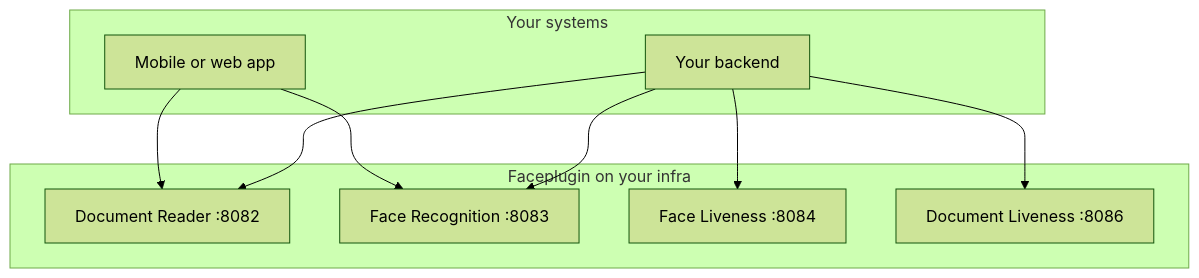
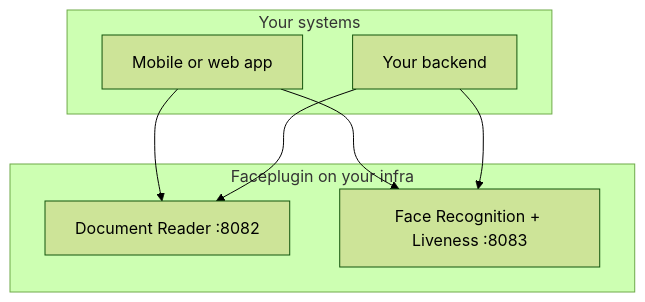
The second of 2 diagrams in faceplugin-docs/deploy-and-host/architecture.md (gentlebear0988/temp-docs), drawn with Mermaid (forest theme) before and after one commit. The commit also changed other lines of this file and 14 other files, not shown here.

````diff
--- a/faceplugin-docs/deploy-and-host/architecture.md
+++ b/faceplugin-docs/deploy-and-host/architecture.md
@@ -45,19 +51,15 @@
 ```mermaid
 flowchart TB
   subgraph customers [Your systems]
     MobileApp[Mobile or web app]
     Backend[Your backend]
   end
   subgraph faceplugin [Faceplugin on your infra]
     Doc8082[Document Reader :8082]
-    Face8083[Face Recognition :8083]
-    Live8084[Face Liveness :8084]
-    DocLive8086[Document Liveness :8086]
+    Face8083[Face Recognition + Liveness :8083]
   end
   MobileApp --> Doc8082
   MobileApp --> Face8083
   Backend --> Doc8082
   Backend --> Face8083
-  Backend --> Live8084
-  Backend --> DocLive8086
 ```
````
